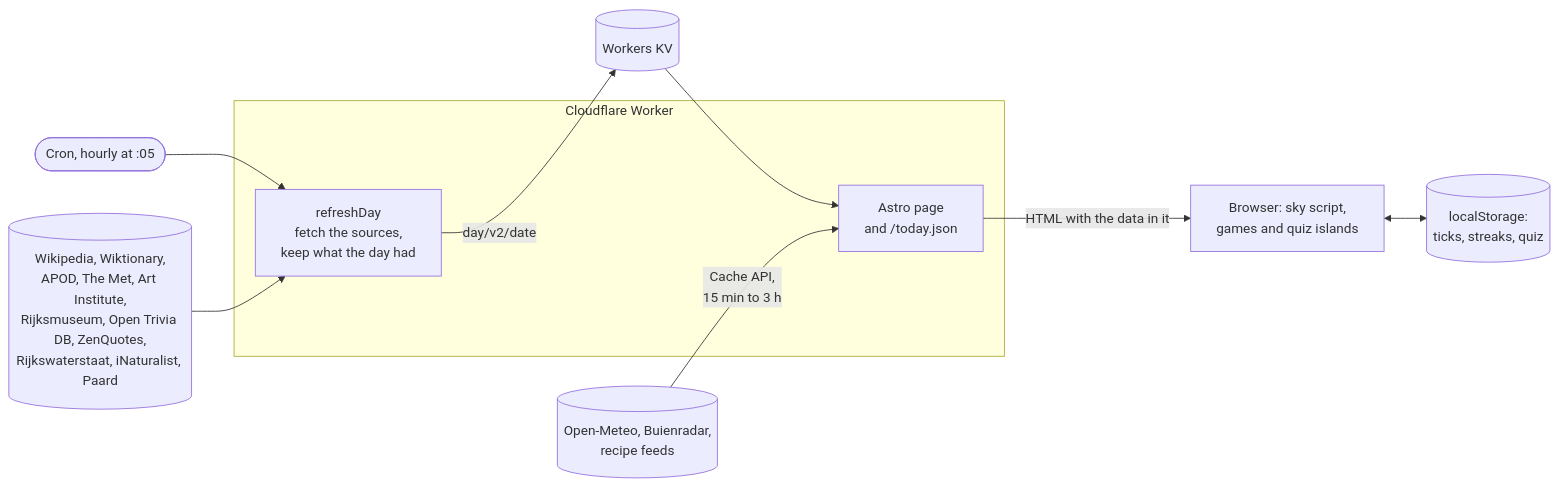
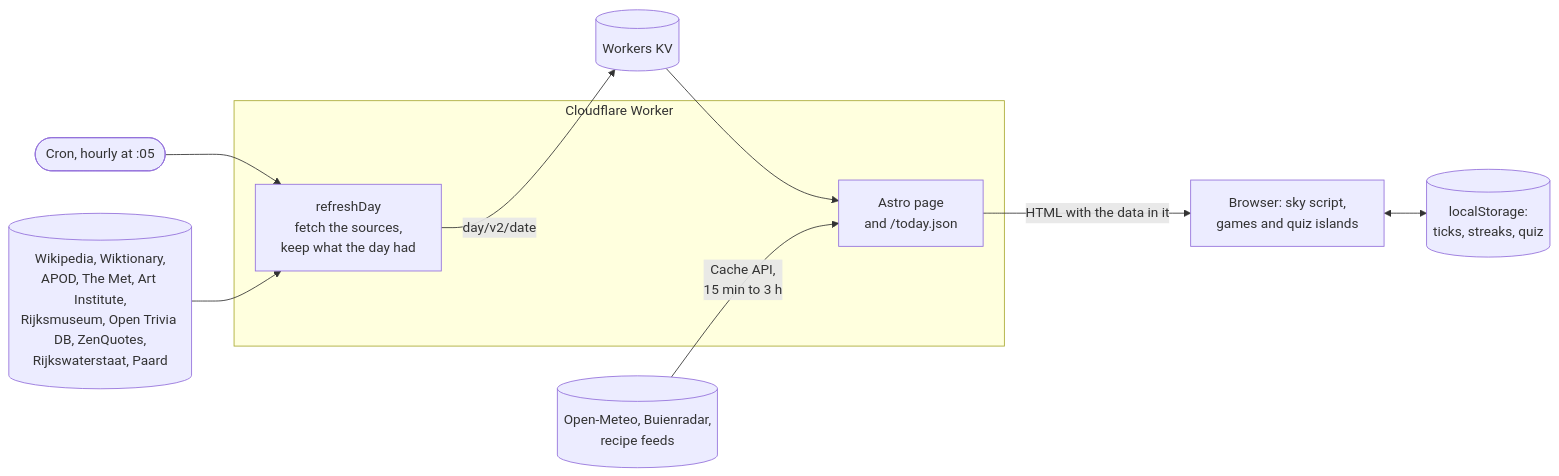
One commit to simonvanlierde/duinlab-today changed the diagram in README.md. Above: the diagram before and after it, drawn with Mermaid. The commit also changed other lines of this file and 13 other files, not shown here.

````diff
--- a/README.md
+++ b/README.md
@@ -11,14 +11,14 @@
 ```mermaid
 flowchart LR
   cron(["Cron, hourly at :05"]) --> build
   subgraph worker["Cloudflare Worker"]
     build["refreshDay<br/>fetch the sources,<br/>keep what the day had"]
     page["Astro page<br/>and /today.json"]
   end
-  sources[("Wikipedia, Wiktionary,<br/>APOD, The Met, Art Institute,<br/>Rijksmuseum, Open Trivia DB, ZenQuotes,<br/>Rijkswaterstaat, iNaturalist, Paard")] --> build
+  sources[("Wikipedia, Wiktionary,<br/>APOD, The Met, Art Institute,<br/>Rijksmuseum, Open Trivia DB, ZenQuotes,<br/>Rijkswaterstaat, Paard")] --> build
   build -- "day/v2/date" --> kv[("Workers KV")]
   kv --> page
   live[("Open-Meteo, Buienradar,<br/>recipe feeds")] -- "Cache API,<br/>15 min to 3 h" --> page
   page -- "HTML with the data in it" --> browser["Browser: sky script,<br/>games and quiz islands"]
   browser <--> ls[("localStorage:<br/>ticks, streaks, quiz")]
 ```
````
